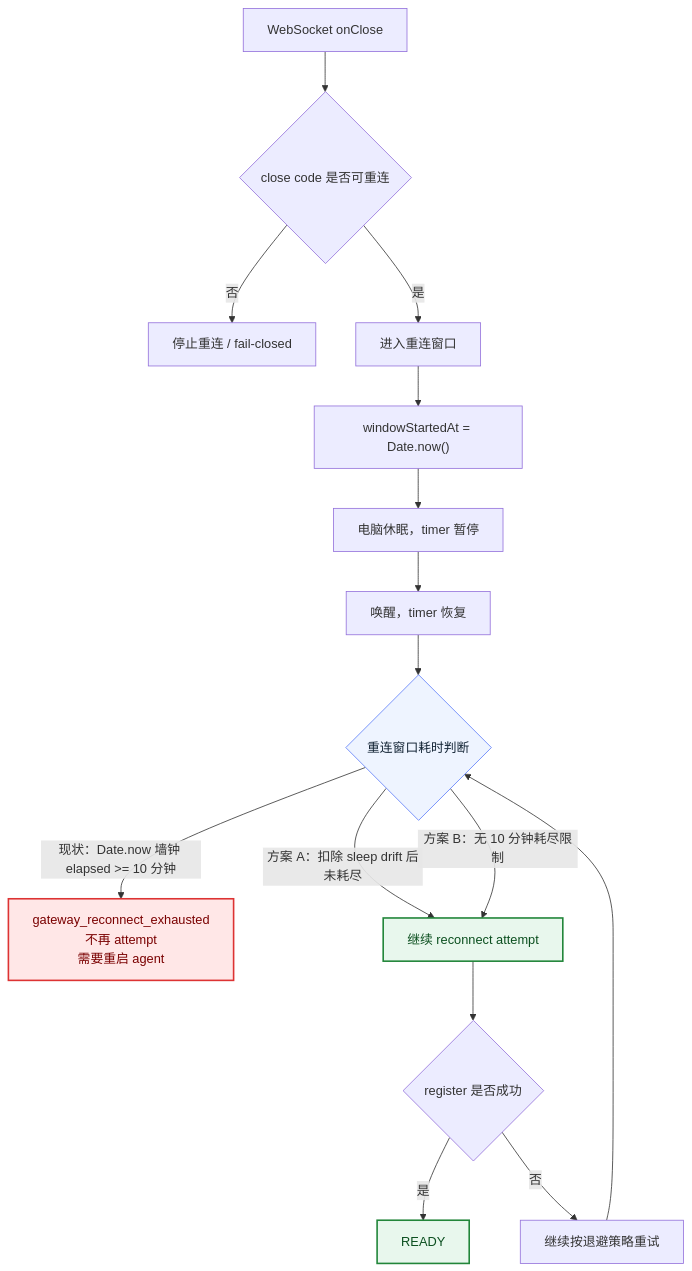
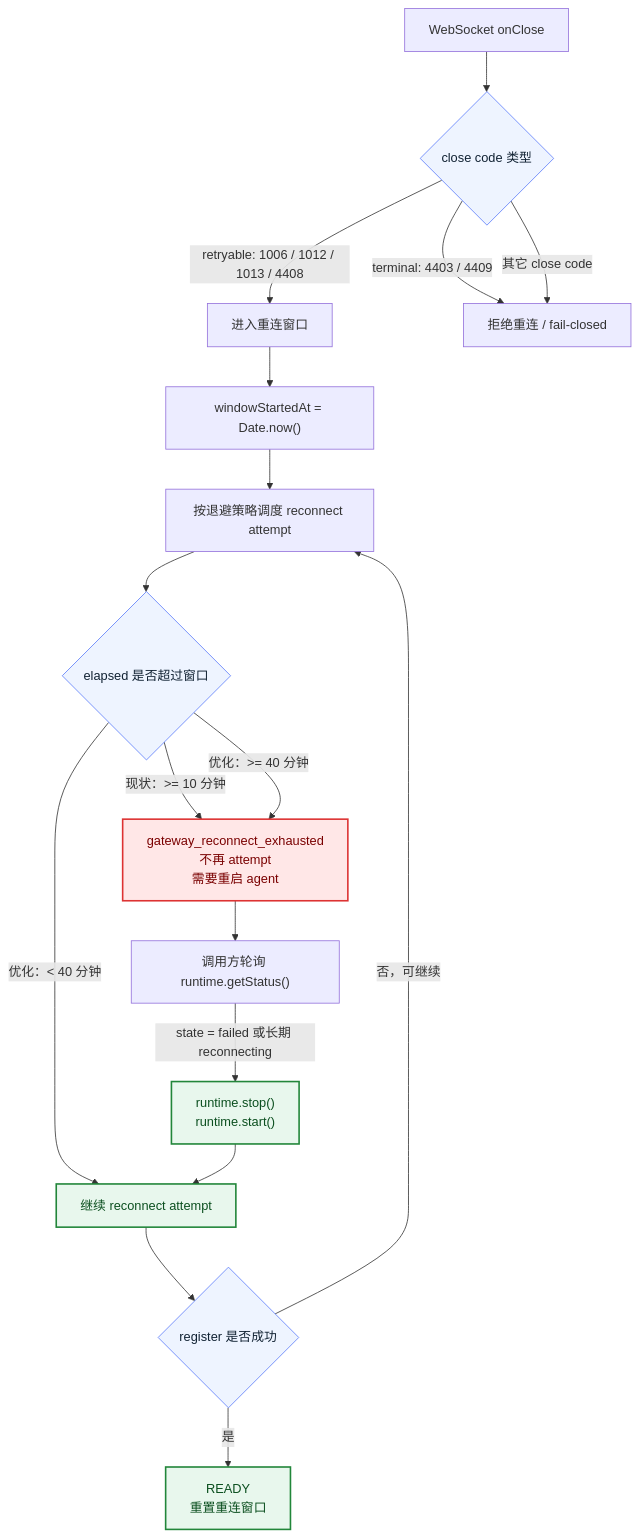
The first of 5 diagrams in docs/design/sdk-gateway-reconnect-solution.md (yuzhangCZ/agent-plugin), drawn with Mermaid before and after one commit. The commit also changed other lines of this file, not shown here.

Commit message:
docs: refine gateway reconnect window recovery plan

````diff
--- a/docs/design/sdk-gateway-reconnect-solution.md
+++ b/docs/design/sdk-gateway-reconnect-solution.md
@@ -42,25 +46,27 @@
 ```mermaid
 flowchart TD
-    A["WebSocket onClose"] --> B{"close code 是否可重连"}
-    B -->|否| C["停止重连 / fail-closed"]
-    B -->|是| D["进入重连窗口"]
-    D --> E["windowStartedAt = Date.now()"]
-    E --> F["电脑休眠，timer 暂停"]
-    F --> G["唤醒，timer 恢复"]
-    G --> H{"重连窗口耗时判断"}
+    A["WebSocket onClose"] --> B{"close code 类型"}
+    B -->|retryable: 1006 / 1012 / 1013 / 4408| C["进入重连窗口"]
+    B -->|terminal: 4403 / 4409| D["拒绝重连 / fail-closed"]
+    B -->|其它 close code| D
 
-    H -->|现状：Date.now 墙钟 elapsed >= 10 分钟| I["gateway_reconnect_exhausted\n不再 attempt\n需要重启 agent"]
-    H -->|方案 A：扣除 sleep drift 后未耗尽| J["继续 reconnect attempt"]
-    H -->|方案 B：无 10 分钟耗尽限制| J
-    J --> K{"register 是否成功"}
-    K -->|是| L["READY"]
-    K -->|否| M["继续按退避策略重试"]
-    M --> H
+    C --> E["windowStartedAt = Date.now()"]
+    E --> F["按退避策略调度 reconnect attempt"]
+    F --> G{"elapsed 是否超过窗口"}
+    G -->|现状：>= 10 分钟| H["gateway_reconnect_exhausted\n不再 attempt\n需要重启 agent"]
+    G -->|优化：< 40 分钟| I["继续 reconnect attempt"]
+    G -->|优化：>= 40 分钟| H
+    H --> N["调用方轮询 runtime.getStatus()"]
+    N -->|state = failed 或长期 reconnecting| O["runtime.stop()\nruntime.start()"]
+    O --> I
+    I --> J{"register 是否成功"}
+    J -->|是| K["READY\n重置重连窗口"]
+    J -->|否，可继续| F
 
     classDef current fill:#ffe7e7,stroke:#d33,stroke-width:2px,color:#7a0000
     classDef optimized fill:#e8f7ed,stroke:#22863a,stroke-width:2px,color:#0b4f1f
     classDef decision fill:#eef4ff,stroke:#5b7cfa,stroke-width:1px,color:#123
-    class I current
-    class J,L optimized
-    class H decision
+    class H current
+    class I,K,O optimized
+    class B,G,J decision
 ```
````
